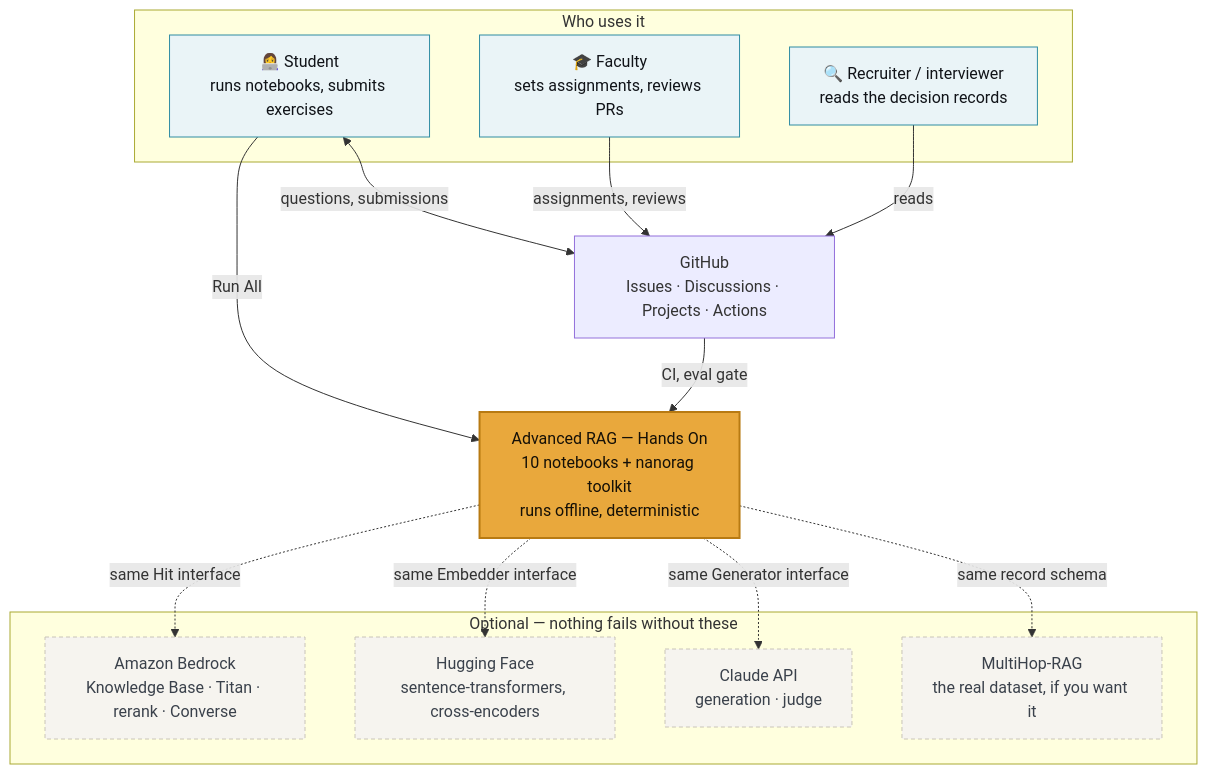
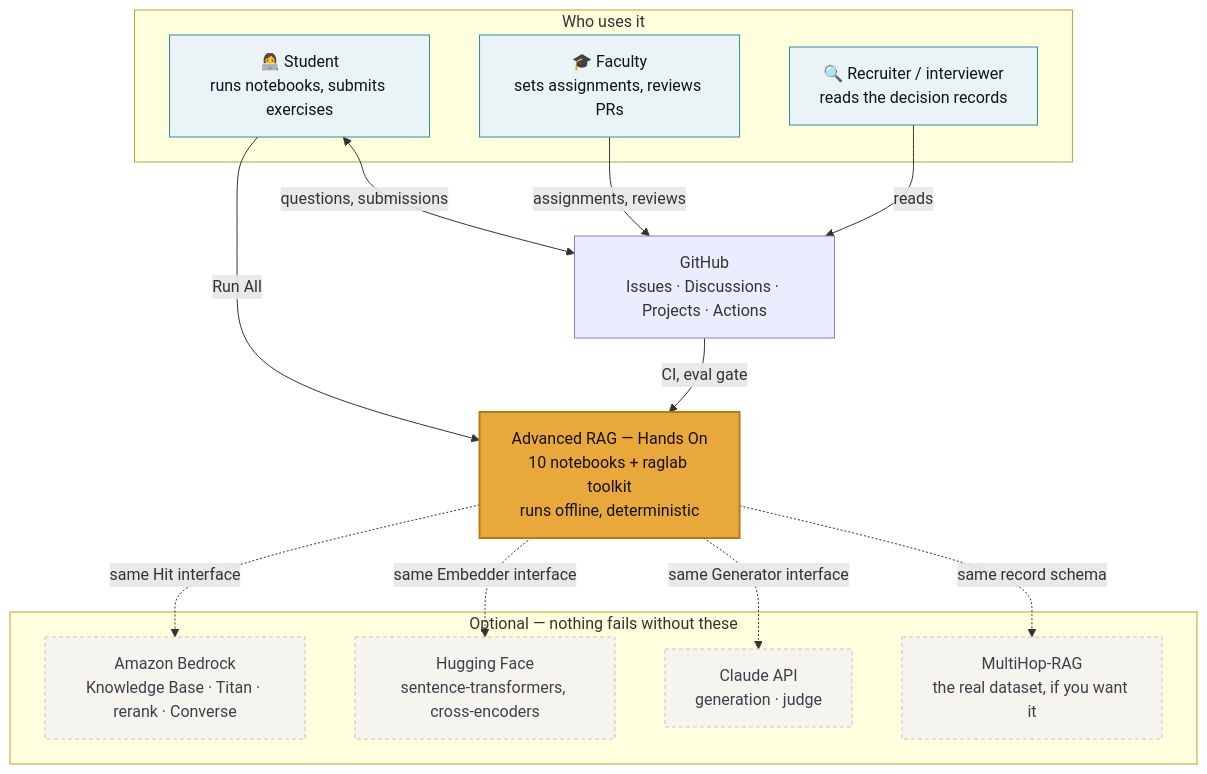
One commit to fde-academy-lab/advanced-rag-lab changed the second of 9 diagrams in README.md. Above: the diagram before and after it, drawn with Mermaid. The commit also changed other lines of this file and 72 other files, not shown here.

````diff
--- a/README.md
+++ b/README.md
@@ -116,36 +158,36 @@
 ```mermaid
 graph TB
     subgraph people["Who uses it"]
         S["👩‍💻 Student<br/>runs notebooks, submits exercises"]
         F["🎓 Faculty<br/>sets assignments, reviews PRs"]
         R["🔍 Recruiter / interviewer<br/>reads the decision records"]
     end
 
-    P["Advanced RAG — Hands On<br/>10 notebooks + nanorag toolkit<br/>runs offline, deterministic"]
+    P["Advanced RAG — Hands On<br/>10 notebooks + raglab toolkit<br/>runs offline, deterministic"]
 
     subgraph optional["Optional — nothing fails without these"]
         BR["Amazon Bedrock<br/>Knowledge Base · Titan · rerank · Converse"]
         HF["Hugging Face<br/>sentence-transformers, cross-encoders"]
         AN["Claude API<br/>generation · judge"]
         MH["MultiHop-RAG<br/>the real dataset, if you want it"]
     end
 
     GH["GitHub<br/>Issues · Discussions · Projects · Actions"]
 
     S -->|Run All| P
     F -->|assignments, reviews| GH
     S <-->|questions, submissions| GH
     R -->|reads| GH
     P -.->|"same Hit interface"| BR
     P -.->|"same Embedder interface"| HF
     P -.->|"same Generator interface"| AN
     P -.->|"same record schema"| MH
     GH -->|CI, eval gate| P
 
     classDef core fill:#E9A83C,stroke:#B87A12,color:#151007,stroke-width:2px
     classDef opt fill:#F6F4EF,stroke:#C9C4B8,color:#3A414B,stroke-dasharray: 4 3
     classDef actor fill:#EAF4F7,stroke:#2F8CA3,color:#101318
     class P core
     class BR,HF,AN,MH opt
     class S,F,R actor
 ```
````
